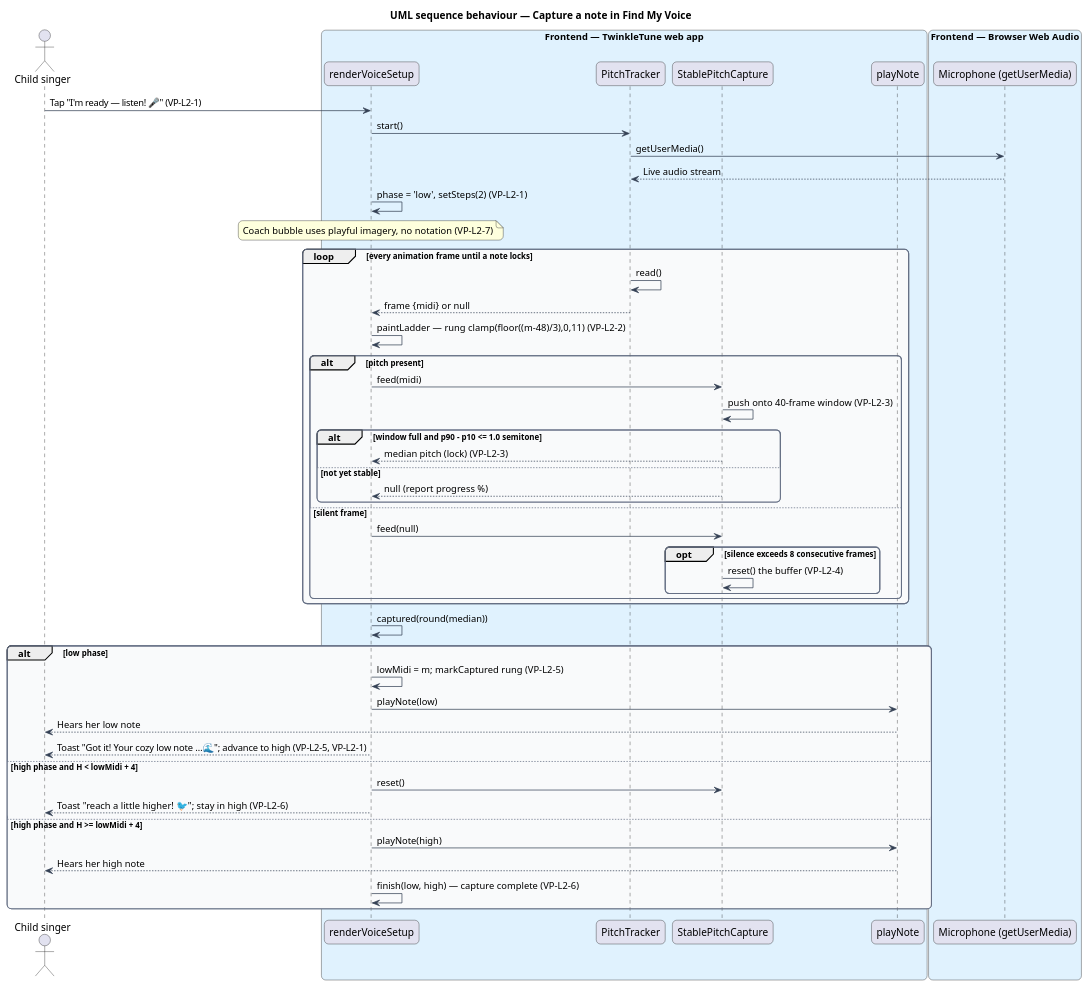
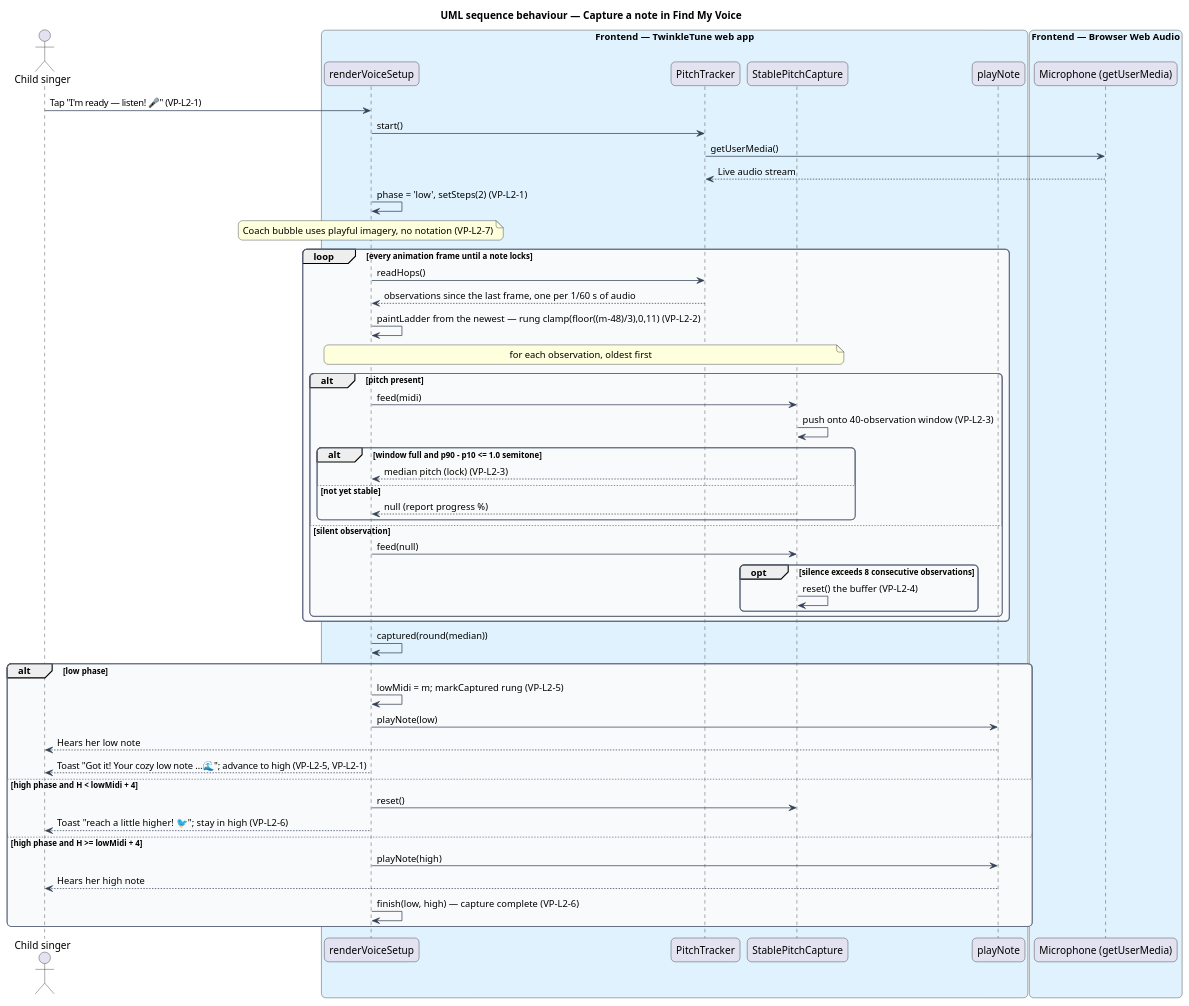
One commit to QuinntyneBrown/TwinkleTune changed the diagram in docs/detailed-designs/voice-personalization/capture-vocal-range/diagrams/sequence-capture-a-note.puml. Above: the diagram before and after it, drawn with PlantUML. The commit also changed 8 other files, not shown here.

```diff
--- a/docs/detailed-designs/voice-personalization/capture-vocal-range/diagrams/sequence-capture-a-note.puml
+++ b/docs/detailed-designs/voice-personalization/capture-vocal-range/diagrams/sequence-capture-a-note.puml
@@ -1,69 +1,70 @@
 @startuml
 title UML sequence behaviour — Capture a note in Find My Voice
 skinparam backgroundColor #FFFFFF
 skinparam shadowing false
 skinparam roundcorner 12
 skinparam defaultFontName Arial
 skinparam ArrowColor #344054
 skinparam rectangle {
   BorderColor #344054
   FontColor #101828
 }
 skinparam package {
   BorderColor #667085
   FontColor #101828
   BackgroundColor #F9FAFB
 }
 actor "Child singer" as child
 box "Frontend — TwinkleTune web app" #E0F2FE
   participant "renderVoiceSetup" as screen
   participant "PitchTracker" as tracker
   participant "StablePitchCapture" as capture
   participant "playNote" as player
 end box
 box "Frontend — Browser Web Audio" #E0F2FE
   participant "Microphone (getUserMedia)" as mic
 end box
 
 child -> screen : Tap "I'm ready — listen! 🎤" (VP-L2-1)
 screen -> tracker : start()
 tracker -> mic : getUserMedia()
 mic --> tracker : Live audio stream
 screen -> screen : phase = 'low', setSteps(2) (VP-L2-1)
 note over screen : Coach bubble uses playful imagery, no notation (VP-L2-7)
 
 loop every animation frame until a note locks
-  tracker -> tracker : read()
-  tracker --> screen : frame {midi} or null
-  screen -> screen : paintLadder — rung clamp(floor((m-48)/3),0,11) (VP-L2-2)
+  screen -> tracker : readHops()
+  tracker --> screen : observations since the last frame, one per 1/60 s of audio
+  screen -> screen : paintLadder from the newest — rung clamp(floor((m-48)/3),0,11) (VP-L2-2)
+  note over screen, capture : for each observation, oldest first
   alt pitch present
     screen -> capture : feed(midi)
-    capture -> capture : push onto 40-frame window (VP-L2-3)
+    capture -> capture : push onto 40-observation window (VP-L2-3)
     alt window full and p90 - p10 <= 1.0 semitone
       capture --> screen : median pitch (lock) (VP-L2-3)
     else not yet stable
       capture --> screen : null (report progress %)
     end
-  else silent frame
+  else silent observation
     screen -> capture : feed(null)
-    opt silence exceeds 8 consecutive frames
+    opt silence exceeds 8 consecutive observations
       capture -> capture : reset() the buffer (VP-L2-4)
     end
   end
 end
 
 screen -> screen : captured(round(median))
 alt low phase
   screen -> screen : lowMidi = m; markCaptured rung (VP-L2-5)
   screen -> player : playNote(low)
   player --> child : Hears her low note
   screen --> child : Toast "Got it! Your cozy low note …🌊"; advance to high (VP-L2-5, VP-L2-1)
 else high phase and H < lowMidi + 4
   screen -> capture : reset()
   screen --> child : Toast "reach a little higher! 🐦"; stay in high (VP-L2-6)
 else high phase and H >= lowMidi + 4
   screen -> player : playNote(high)
   player --> child : Hears her high note
   screen -> screen : finish(low, high) — capture complete (VP-L2-6)
 end
 @enduml
```
